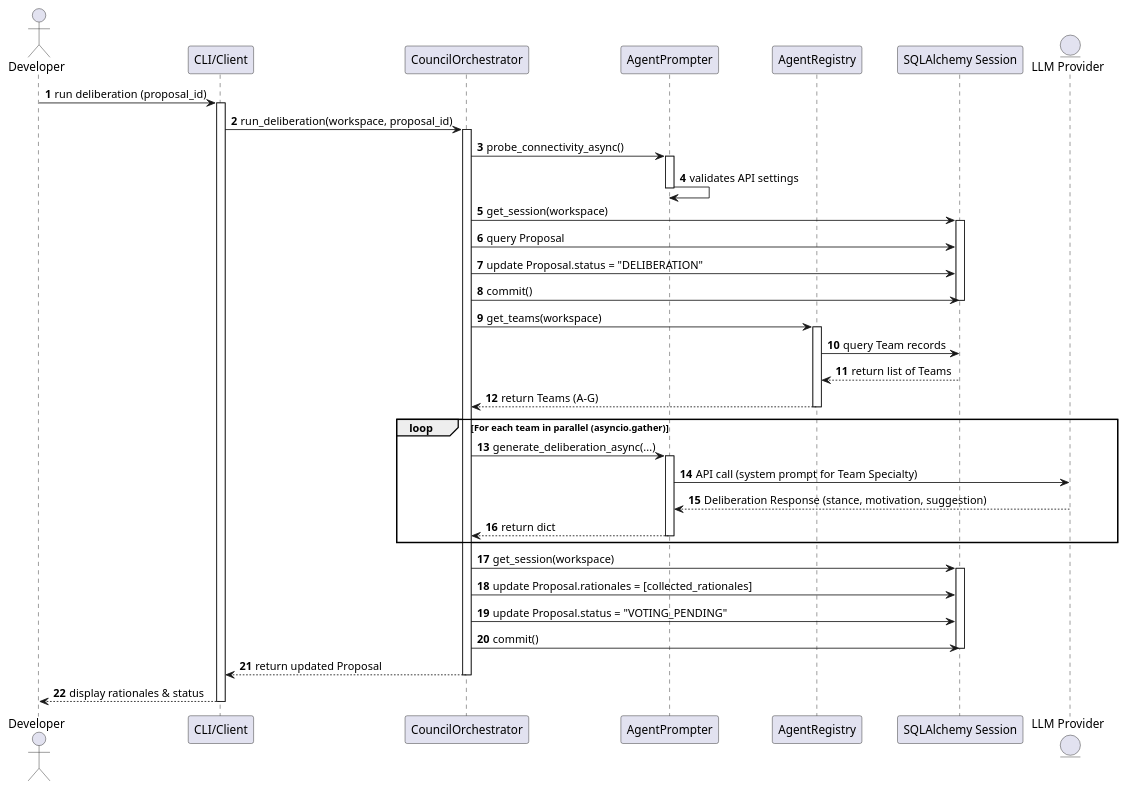
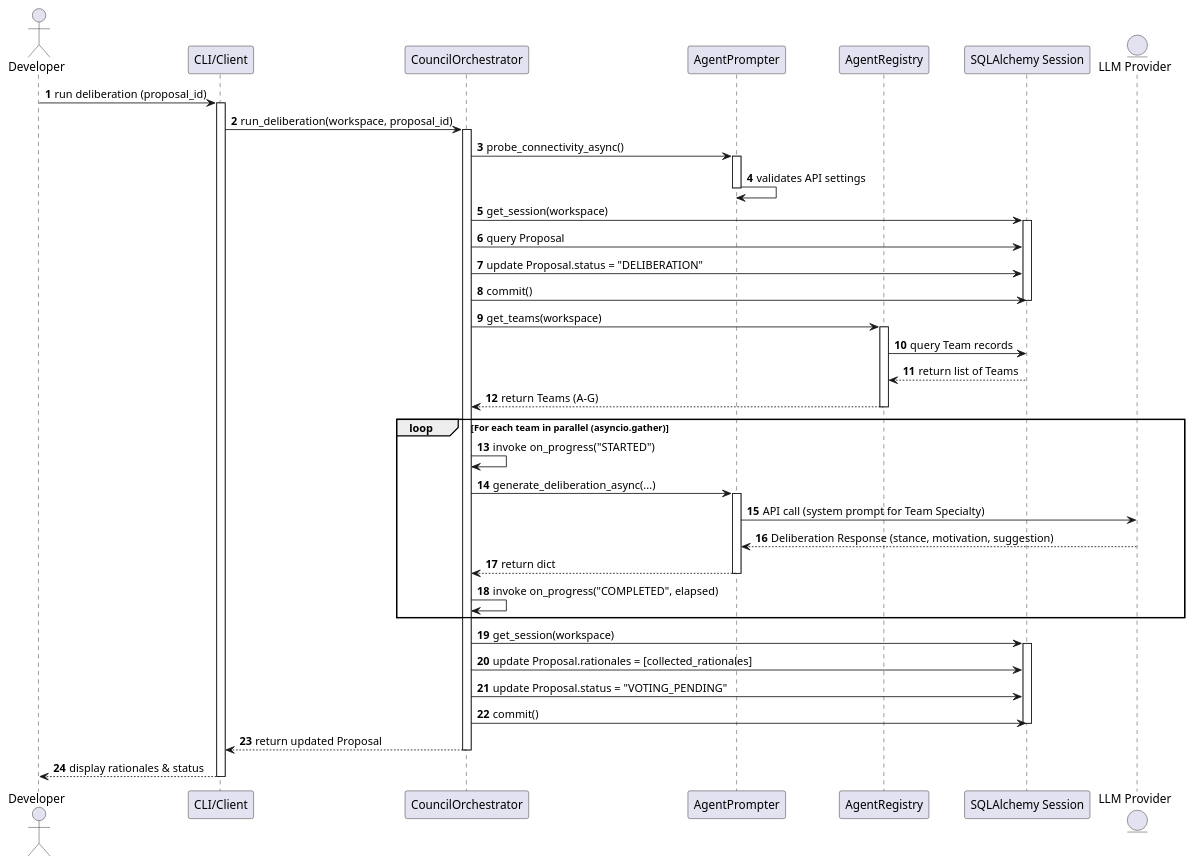
The diagram in uml/sequences/deliberation.puml (suli-g/council-manager), drawn with PlantUML before and after one commit. The commit also changed 6 other files, not shown here.

Commit message:
docs(audit): correct database storage path in README and align class/sequence UML diagrams

```diff
--- a/uml/sequences/deliberation.puml
+++ b/uml/sequences/deliberation.puml
@@ -1,55 +1,57 @@
 @startuml
 autonumber
 actor Developer
 participant CLI as "CLI/Client"
 participant Orchestrator as "CouncilOrchestrator"
 participant Prompter as "AgentPrompter"
 participant Registry as "AgentRegistry"
 participant DB as "SQLAlchemy Session"
 entity LLM as "LLM Provider"
 
 Developer -> CLI : run deliberation (proposal_id)
 activate CLI
 CLI -> Orchestrator : run_deliberation(workspace, proposal_id)
 activate Orchestrator
 
 Orchestrator -> Prompter : probe_connectivity_async()
 activate Prompter
 Prompter -> Prompter : validates API settings
 deactivate Prompter
 
 Orchestrator -> DB : get_session(workspace)
 activate DB
 Orchestrator -> DB : query Proposal
 Orchestrator -> DB : update Proposal.status = "DELIBERATION"
 Orchestrator -> DB : commit()
 deactivate DB
 
 Orchestrator -> Registry : get_teams(workspace)
 activate Registry
 Registry -> DB : query Team records
 DB --> Registry : return list of Teams
 Registry --> Orchestrator : return Teams (A-G)
 deactivate Registry
 
 loop For each team in parallel (asyncio.gather)
+  Orchestrator -> Orchestrator : invoke on_progress("STARTED")
   Orchestrator -> Prompter : generate_deliberation_async(...)
   activate Prompter
   Prompter -> LLM : API call (system prompt for Team Specialty)
   LLM --> Prompter : Deliberation Response (stance, motivation, suggestion)
   Prompter --> Orchestrator : return dict
   deactivate Prompter
+  Orchestrator -> Orchestrator : invoke on_progress("COMPLETED", elapsed)
 end
 
 Orchestrator -> DB : get_session(workspace)
 activate DB
 Orchestrator -> DB : update Proposal.rationales = [collected_rationales]
 Orchestrator -> DB : update Proposal.status = "VOTING_PENDING"
 Orchestrator -> DB : commit()
 deactivate DB
 
 Orchestrator --> CLI : return updated Proposal
 deactivate Orchestrator
 CLI --> Developer : display rationales & status
 deactivate CLI
 @endum
```
